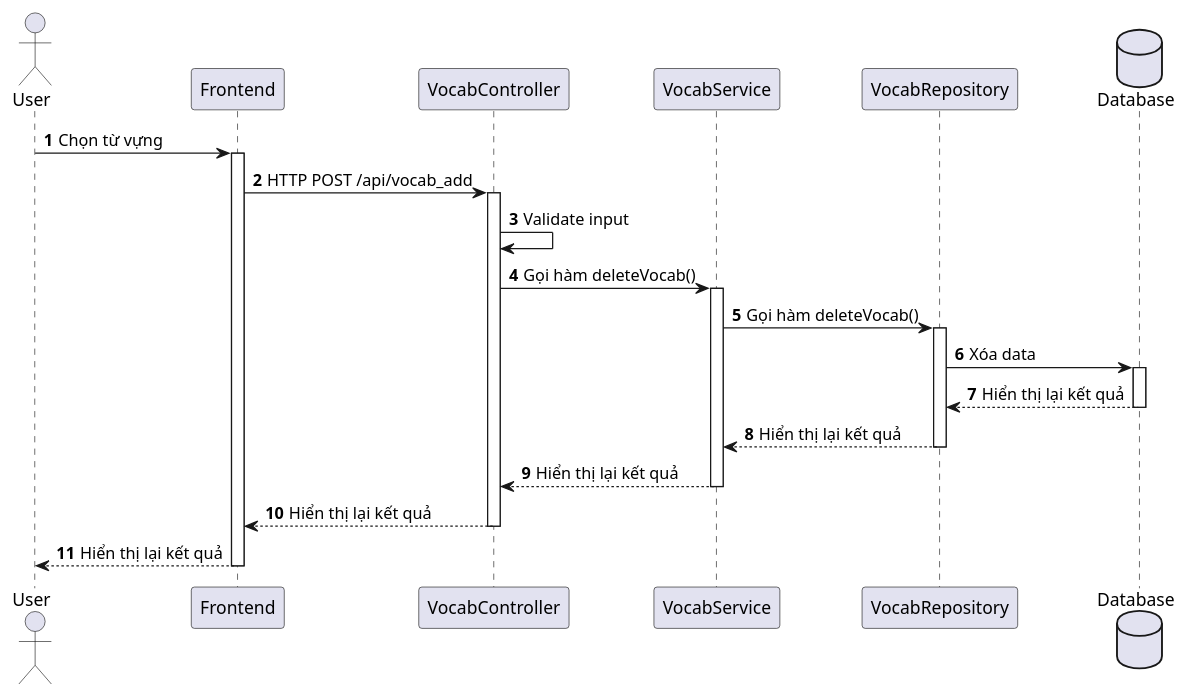
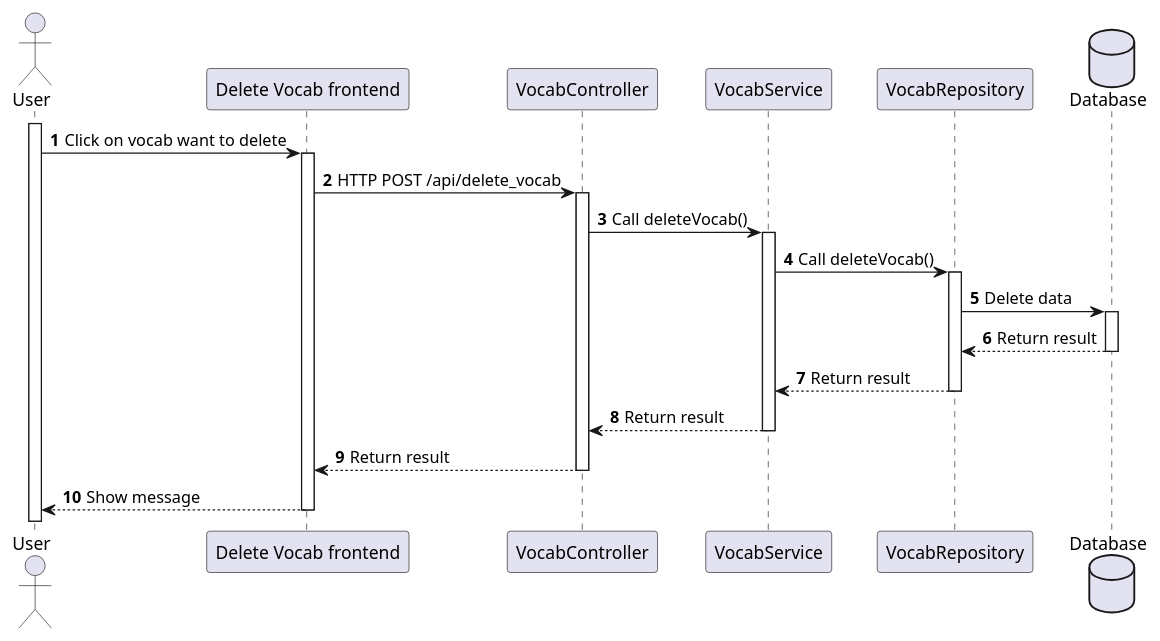
Before and after one commit to Annthe160639/japanese-app: the diagram in japanese-app/plant_uml/vocab/Delete_Vocab.puml, drawn with PlantUML. The commit also changed 7 other files, not shown here.

Commit message:
update sequence

```diff
--- a/japanese-app/plant_uml/vocab/Delete_Vocab.puml
+++ b/japanese-app/plant_uml/vocab/Delete_Vocab.puml
@@ -1,28 +1,31 @@
 @startuml
 'https://plantuml.com/sequence-diagram
 
 autonumber
 
 actor User
-participant "Frontend" as Frontend
+
+participant "Delete Vocab frontend" as fe
 participant "VocabController" as Controller
 participant "VocabService" as Service
 participant "VocabRepository" as Repository
+
 database Database
+activate User
 
-autonumber
-User -> Frontend++: Chọn từ vựng
+User -> fe++: Click on vocab want to delete
 
-Frontend -> Controller++: HTTP POST /api/vocab_add
-Controller -> Controller: Validate input
+fe -> Controller++: HTTP POST /api/delete_vocab
+Controller -> Service++: Call deleteVocab()
+Service -> Repository++: Call deleteVocab()
+Repository -> Database++: Delete data
 
-Controller -> Service++: Gọi hàm deleteVocab()
-Service -> Repository++: Gọi hàm deleteVocab()
-Repository -> Database++: Xóa data
-Database --> Repository--: Hiển thị lại kết quả
-Repository --> Service--: Hiển thị lại kết quả
-Service --> Controller--: Hiển thị lại kết quả
-Controller --> Frontend--: Hiển thị lại kết quả
-Frontend --> User--: Hiển thị lại kết quả
+Database --> Repository--: Return result
+Repository --> Service--: Return result
+Service --> Controller--: Return result
+Controller --> fe--: Return result
+fe --> User--: Show message
+
+
 
 @enduml
```
